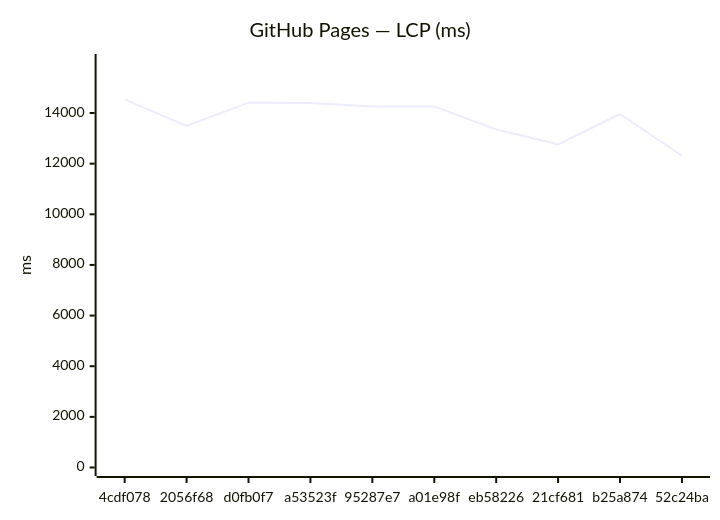
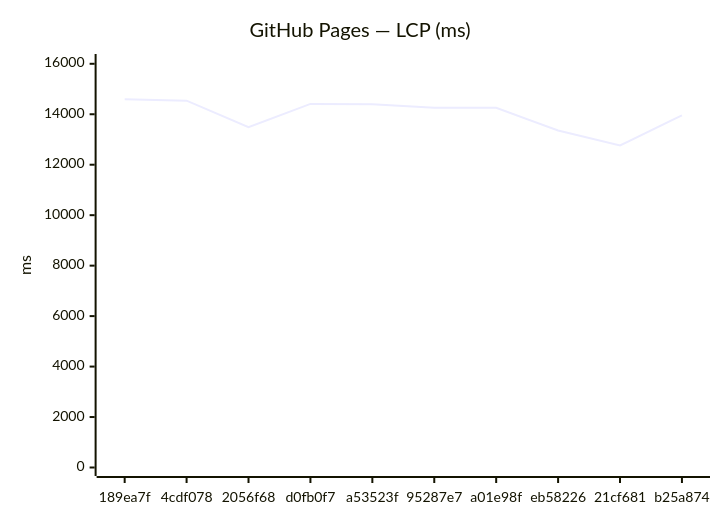
Before and after one commit to Metaheurist/Rianell: the third of 18 diagrams in benchmarks/compare.md, drawn with Mermaid. The commit also changed other lines of this file and 11 other files, not shown here.

````diff
--- a/benchmarks/compare.md
+++ b/benchmarks/compare.md
@@ -54,7 +54,7 @@
 ```mermaid
 xychart-beta
     title "GitHub Pages — LCP (ms)"
-    x-axis ["4cdf078", "2056f68", "d0fb0f7", "a53523f", "95287e7", "a01e98f", "eb58226", "21cf681", "b25a874", "52c24ba"]
-    y-axis "ms" 0 --> 15995
-    line [14540, 13488, 14410, 14392, 14255, 14254, 13354, 12763, 13959, 12313]
+    x-axis ["189ea7f", "4cdf078", "2056f68", "d0fb0f7", "a53523f", "95287e7", "a01e98f", "eb58226", "21cf681", "b25a874"]
+    y-axis "ms" 0 --> 16051
+    line [14591, 14540, 13488, 14410, 14392, 14255, 14254, 13354, 12763, 13959]
 ```
````
